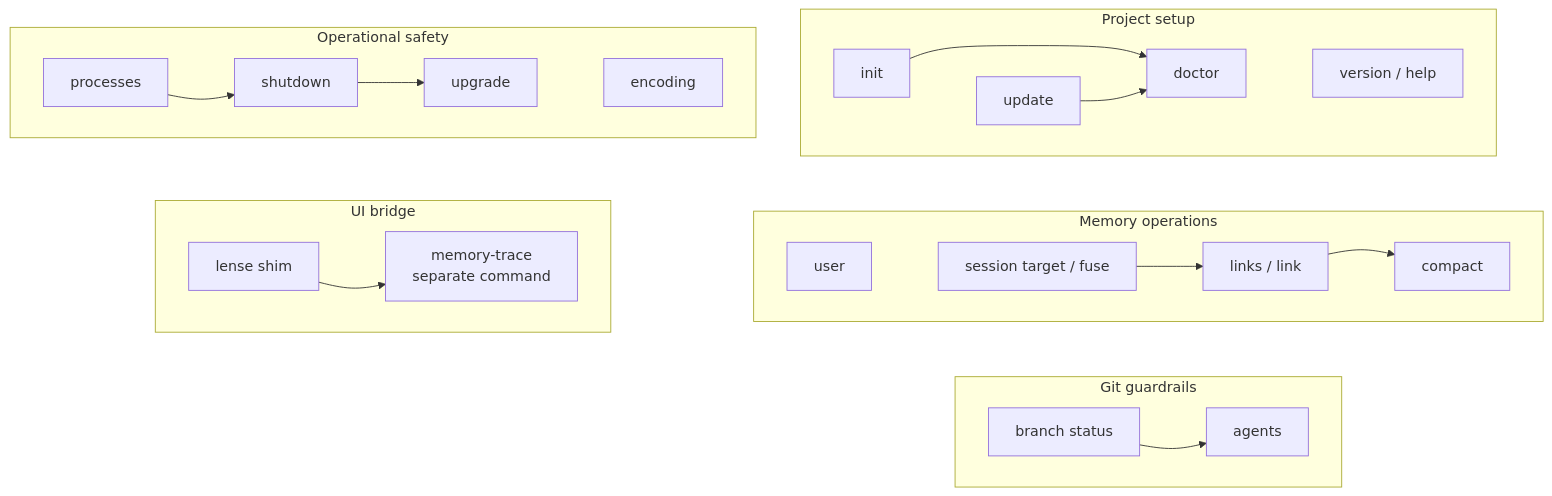
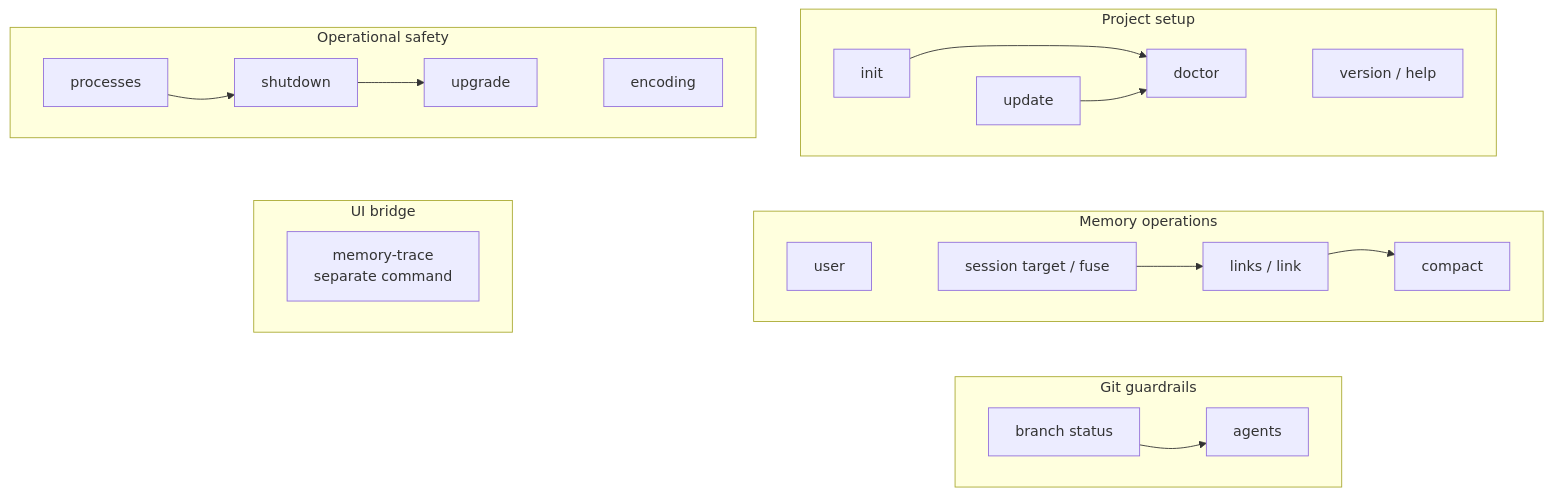
The third of 24 diagrams in docs/3_Spec/functionality-audit.md (jnl-tshi/memory-seed), drawn with Mermaid before and after one commit. The commit also changed other lines of this file and 19 other files, not shown here.

First line of the commit message:
feat!: remove the memory-seed[lense]/lense CLI deprecation shim

````diff
--- a/docs/3_Spec/functionality-audit.md
+++ b/docs/3_Spec/functionality-audit.md
@@ -212,43 +210,42 @@
 ```mermaid
 graph TD
   subgraph SetupTier["Project setup"]
     direction LR
     INIT["init"] ~~~ UPDATE["update"]
     DOCTOR["doctor"] ~~~ VERSION["version / help"]
   end
 
   subgraph MemoryTier["Memory operations"]
     direction LR
     USER["user"] ~~~ SESSION["session target / fuse"]
     COMPACT["compact"] ~~~ LINKS["links / link"]
   end
 
   subgraph GitTier["Git guardrails"]
     direction LR
     BRANCH["branch status"] ~~~ AGENTS["agents"]
   end
 
   subgraph OpsTier["Operational safety"]
     direction LR
     PROCESSES["processes"] ~~~ SHUTDOWN["shutdown"]
     UPGRADE["upgrade"] ~~~ ENCODING["encoding"]
   end
 
   subgraph UiTier["UI bridge"]
     direction LR
-    LENSE["lense shim"] ~~~ TRACE["memory-trace<br>separate command"]
+    TRACE["memory-trace<br>separate command"]
   end
 
   SetupTier ~~~ MemoryTier
   MemoryTier ~~~ GitTier
   OpsTier ~~~ UiTier
 
   INIT --> DOCTOR
   UPDATE --> DOCTOR
   SESSION --> LINKS
   LINKS --> COMPACT
   BRANCH --> AGENTS
   PROCESSES --> SHUTDOWN
   SHUTDOWN --> UPGRADE
-  LENSE --> TRACE
 ```
````
